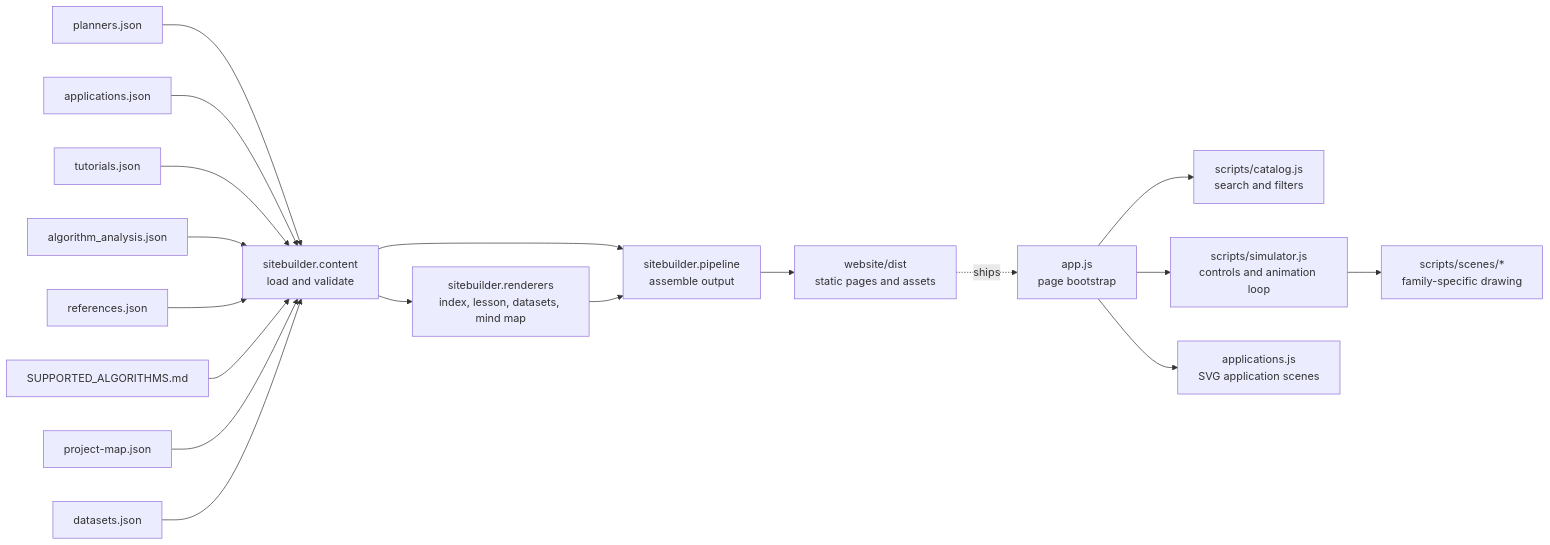
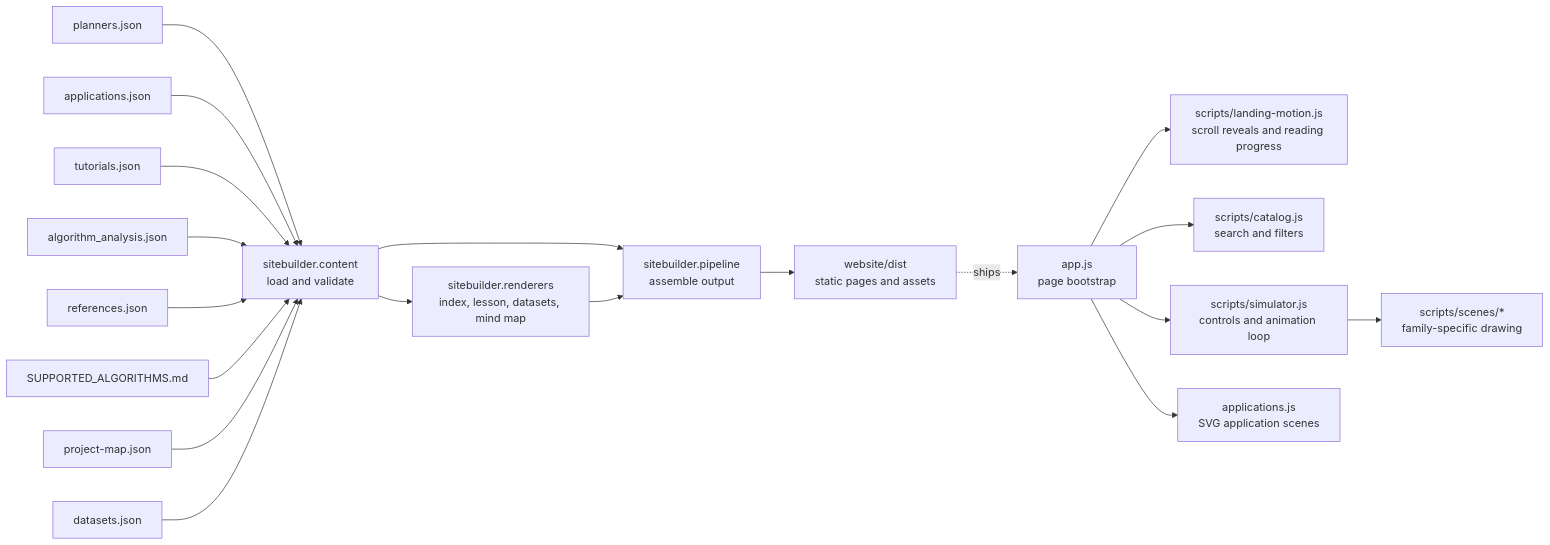
Before and after one commit to damminhtien/pathplanning: the diagram in website/ARCHITECTURE.md, drawn with Mermaid. The commit also changed other lines of this file and 5 other files, not shown here.

Commit message:
feat(website): add landing page motion

````diff
--- a/website/ARCHITECTURE.md
+++ b/website/ARCHITECTURE.md
@@ -5,37 +5,39 @@
 ```mermaid
 flowchart LR
   PlannerData[planners.json]
   TutorialData[tutorials.json]
   AnalysisData[algorithm_analysis.json]
   References[references.json]
   Applications[applications.json]
   Registry[SUPPORTED_ALGORITHMS.md]
   MapData[project-map.json]
   DatasetData[datasets.json]
   Content[sitebuilder.content\nload and validate]
   Build[sitebuilder.pipeline\nassemble output]
   PageRenderers[sitebuilder.renderers\nindex, lesson, datasets, mind map]
   Dist[website/dist\nstatic pages and assets]
   Browser[app.js\npage bootstrap]
+  LandingMotion[scripts/landing-motion.js\nscroll reveals and reading progress]
   Catalog[scripts/catalog.js\nsearch and filters]
   Simulator[scripts/simulator.js\ncontrols and animation loop]
   Scenes[scripts/scenes/*\nfamily-specific drawing]
 
   PlannerData --> Content
   Applications --> Content
   TutorialData --> Content
   AnalysisData --> Content
   References --> Content
   Registry --> Content
   MapData --> Content
   DatasetData --> Content
   Content --> Build
   Content --> PageRenderers
   PageRenderers --> Build
   Build --> Dist
   Browser --> Catalog
+  Browser --> LandingMotion
   Browser --> ApplicationScenes[applications.js\nSVG application scenes]
   Browser --> Simulator
   Simulator --> Scenes
   Dist -. ships .-> Browser
 ```
````
